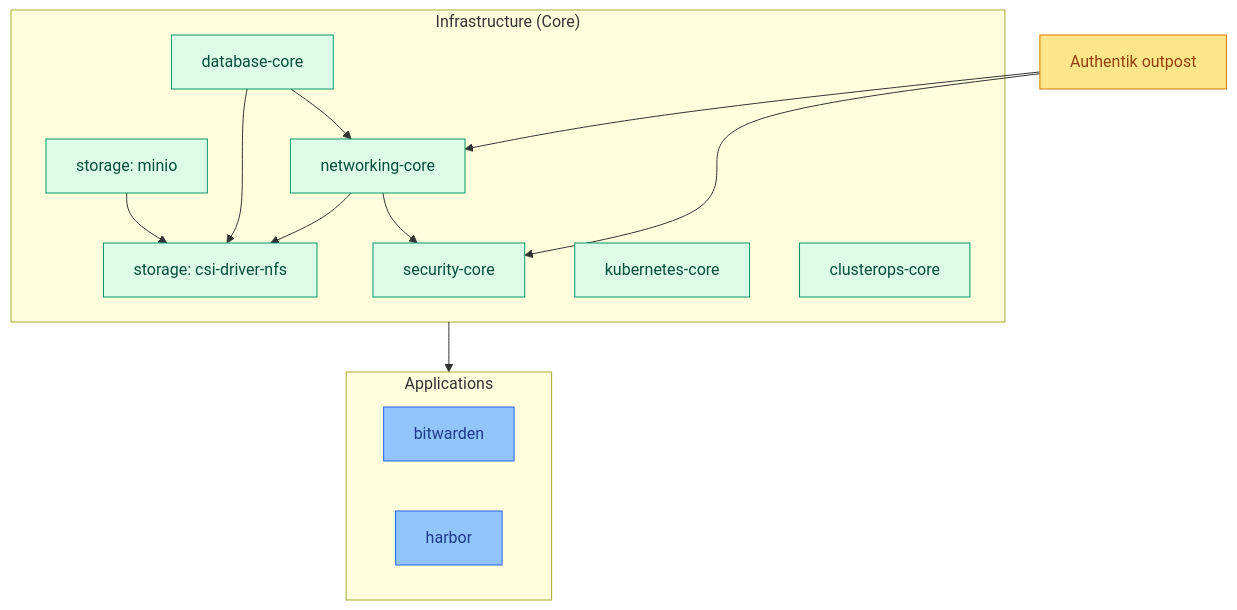
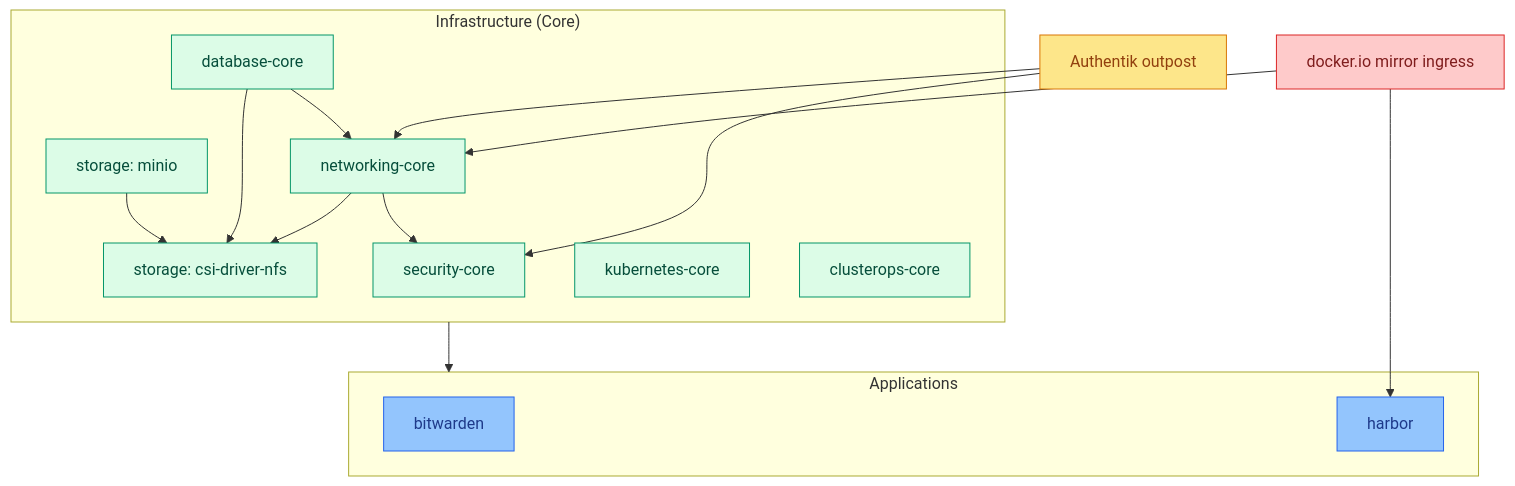
Before and after one commit to ppat/homelab-ops-kubernetes-clusters: the diagram in clusters/nas/README.md, drawn with Mermaid. The commit also changed other lines of this file and 6 other files, not shown here.

````diff
--- a/clusters/nas/README.md
+++ b/clusters/nas/README.md
@@ -49,30 +53,33 @@
 ```mermaid
 flowchart TB
     classDef core fill:#dcfce7,stroke:#059669,color:#064e3b
     classDef apps fill:#93c5fd,stroke:#2563eb,color:#1e3a8a
     classDef outpost fill:#fde68a,stroke:#d97706,color:#92400e
+    classDef mirror fill:#fecaca,stroke:#dc2626,color:#7f1d1d
 
     subgraph Core["Infrastructure (Core)"]
         sec[security-core]:::core
         nfs[storage: csi-driver-nfs]:::core
         minio[storage: minio]:::core
         k8s[kubernetes-core]:::core
         net[networking-core]:::core
         db[database-core]:::core
         ops[clusterops-core]:::core
     end
 
     subgraph Apps["Applications"]
         bw[bitwarden]:::apps
         harbor:::apps
     end
 
     out[Authentik outpost]:::outpost
+    dio[docker.io mirror ingress]:::mirror
 
     net --> sec & nfs
     minio --> nfs
     db --> net & nfs
     out --> sec & net
+    dio --> net & harbor
 
     Core --> Apps
 ```
````
